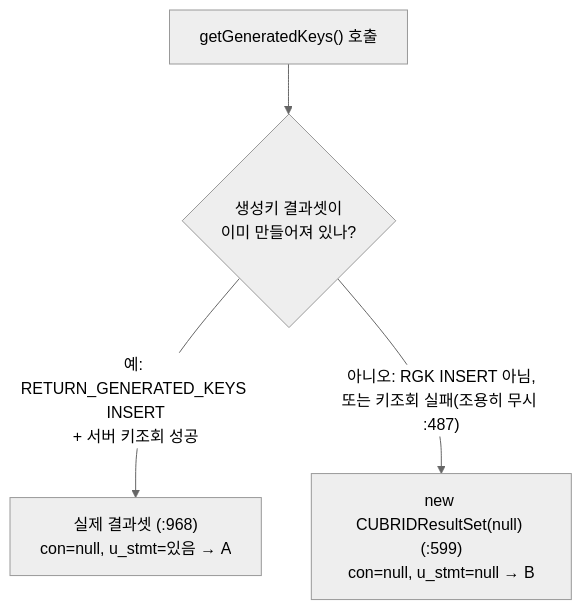
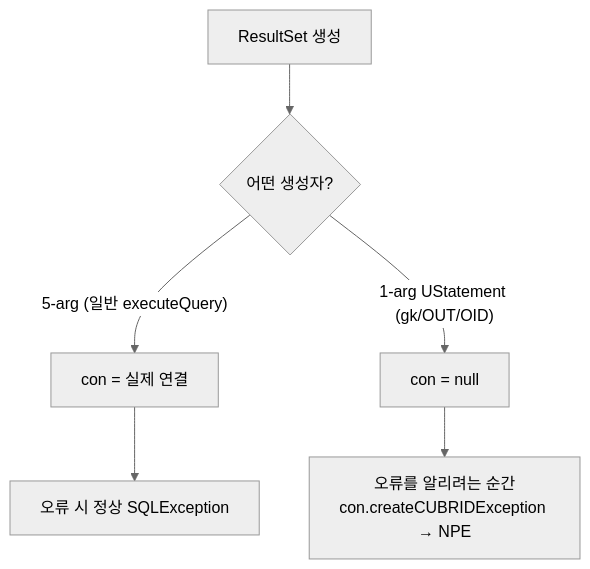
The diagram in bug/2026-07-11-createcubridexception-npe.md (Srltas/work-docs), drawn with Mermaid (neutral theme) before and after one commit. The commit also changed other lines of this file and 1 other file, not shown here.

First line of the commit message:
note(bug): createCUBRIDException NPE 문서를 A(con=null)/B(getGeneratedKeys 빈 결과셋)로 분리

````diff
--- a/bug/2026-07-11-createcubridexception-npe.md
+++ b/bug/2026-07-11-createcubridexception-npe.md
@@ -54,6 +53,8 @@
 ```mermaid
 flowchart TD
-    X["getGeneratedKeys() 호출"] --> Y{"생성키 결과셋이<br/>이미 만들어져 있나?"}
-    Y -->|"예: RETURN_GENERATED_KEYS INSERT<br/>+ 서버 키조회 성공"| Z["실제 결과셋 (:968)<br/>con=null, u_stmt=있음 → A"]
-    Y -->|"아니오: RGK INSERT 아님,<br/>또는 키조회 실패(조용히 무시 :487)"| W["new CUBRIDResultSet(null) (:599)<br/>con=null, u_stmt=null → B"]
+    A["ResultSet 생성"] --> B{"어떤 생성자?"}
+    B -->|"5-arg (일반 executeQuery)"| C["con = 실제 연결"]
+    B -->|"1-arg UStatement (gk/OUT/OID)"| D["con = null"]
+    C --> E["오류 시 정상 SQLException"]
+    D --> F["오류를 알리려는 순간<br/>con.createCUBRIDException → NPE"]
 ```
````
